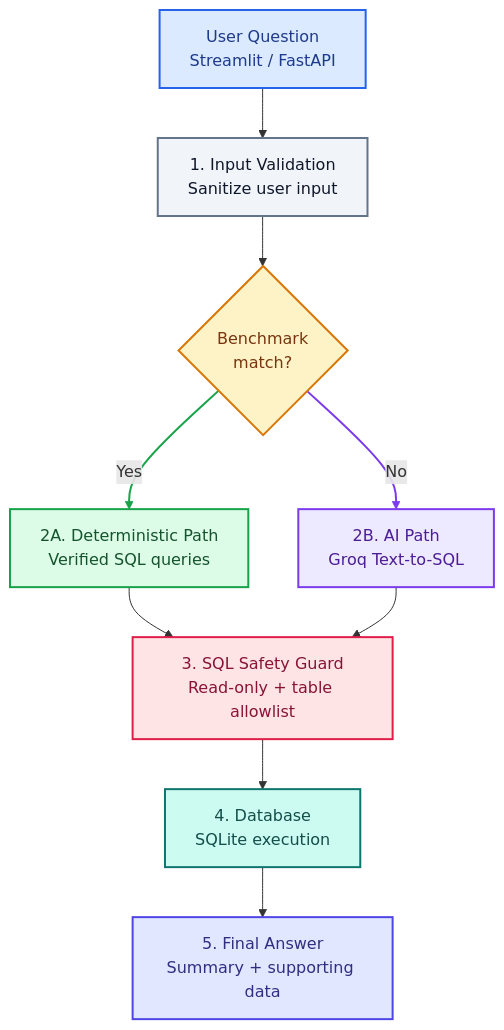
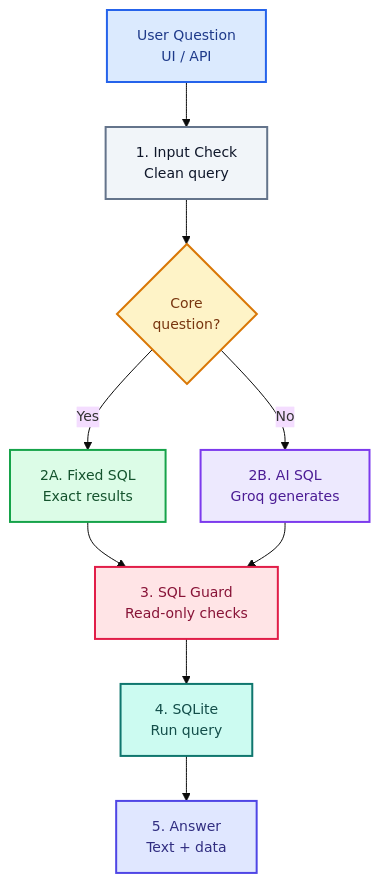
Before and after one commit to MDsaabiq/RSG-assignment: the diagram in README.md, drawn with Mermaid.

Commit message:
added readme updates

````diff
--- a/README.md
+++ b/README.md
@@ -96,47 +96,45 @@
 ```mermaid
 
+%%{init: {"theme":"base","themeVariables":{"fontSize":"14px","fontFamily":"Arial"},"flowchart":{"nodeSpacing":35,"rankSpacing":45,"curve":"basis"}}}%%
 
 flowchart TD
-    A["User Question<br/>Streamlit / FastAPI"]
-    B["1. Input Validation<br/>Sanitize user input"]
-    C{"Benchmark<br/>match?"}
+    A["User Question<br/>UI / API"]
+    B["1. Input Check<br/>Clean query"]
+    C{"Core<br/>question?"}
 
-    D["2A. Deterministic Path<br/>Verified SQL queries"]
-    E["2B. AI Path<br/>Groq Text-to-SQL"]
+    D["2A. Fixed SQL<br/>Exact results"]
+    E["2B. AI SQL<br/>Groq generates"]
 
-    F["3. SQL Safety Guard<br/>Read-only + table allowlist"]
-    G["4. Database<br/>SQLite execution"]
-    H["5. Final Answer<br/>Summary + supporting data"]
+    F["3. SQL Guard<br/>Read-only checks"]
+    G["4. SQLite<br/>Run query"]
+    H["5. Answer<br/>Text + data"]
 
     A --> B
     B --> C
     C -->|Yes| D
     C -->|No| E
     D --> F
     E --> F
     F --> G
     G --> H
 
     classDef start fill:#DBEAFE,stroke:#2563EB,color:#1E3A8A,stroke-width:2px
-    classDef process fill:#F1F5F9,stroke:#64748B,color:#0F172A,stroke-width:2px
+    classDef input fill:#F1F5F9,stroke:#64748B,color:#0F172A,stroke-width:2px
     classDef decision fill:#FEF3C7,stroke:#D97706,color:#78350F,stroke-width:2px
-    classDef deterministic fill:#DCFCE7,stroke:#16A34A,color:#14532D,stroke-width:2px
+    classDef fixed fill:#DCFCE7,stroke:#16A34A,color:#14532D,stroke-width:2px
     classDef ai fill:#EDE9FE,stroke:#7C3AED,color:#4C1D95,stroke-width:2px
     classDef security fill:#FFE4E6,stroke:#E11D48,color:#881337,stroke-width:2px
     classDef database fill:#CCFBF1,stroke:#0F766E,color:#134E4A,stroke-width:2px
     classDef output fill:#E0E7FF,stroke:#4F46E5,color:#312E81,stroke-width:2px
 
     class A start
-    class B process
+    class B input
     class C decision
-    class D deterministic
+    class D fixed
     class E ai
     class F security
     class G database
     class H output
 
-    linkStyle 2 stroke:#16A34A,stroke-width:2px
-    linkStyle 3 stroke:#7C3AED,stroke-width:2px
-
 
 ```
````
